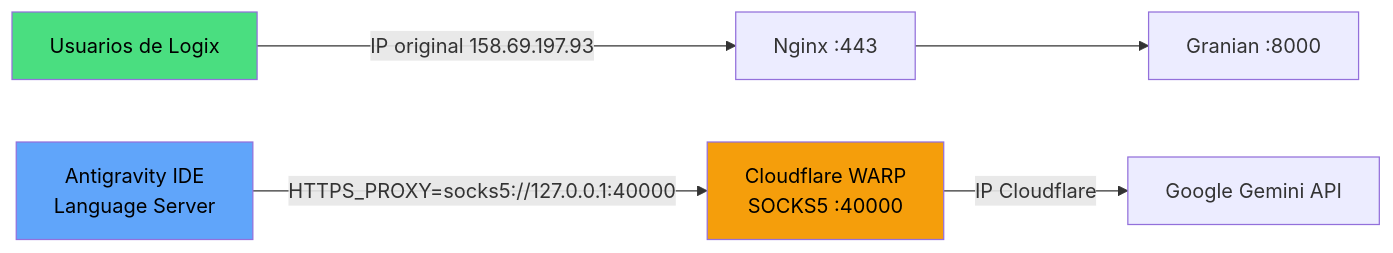
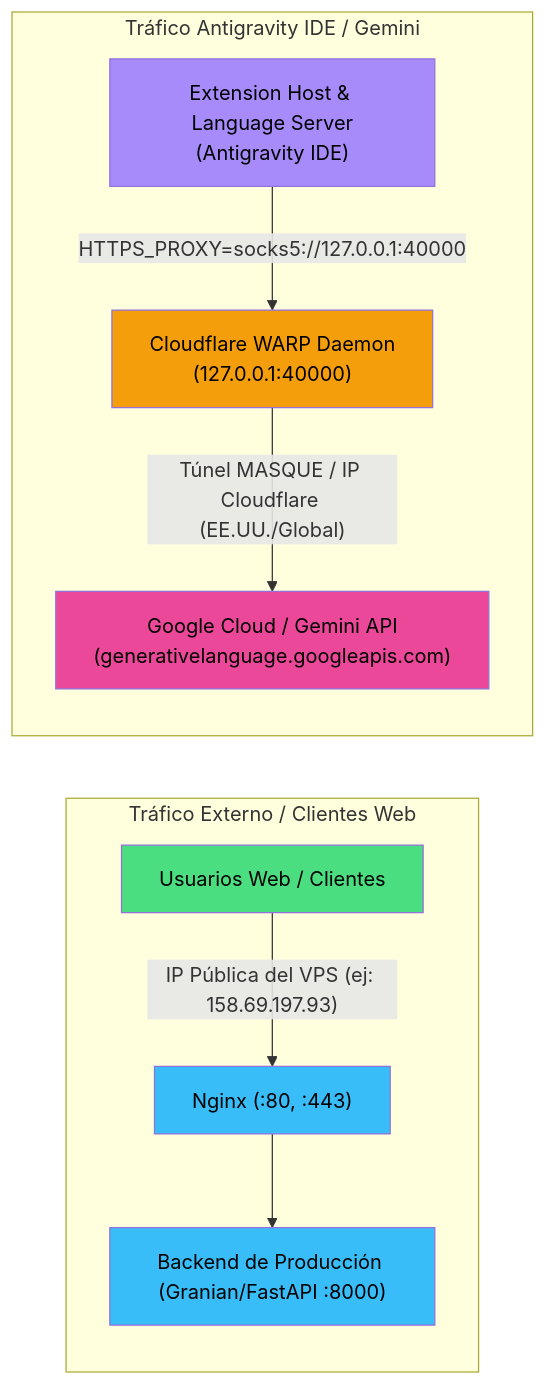
The diagram in docs/warp_proxy_implementacion.md (FIGARO79/logix_react), drawn with Mermaid before and after one commit. The commit also changed other lines of this file, not shown here.

Commit message:
docs: update Cloudflare WARP proxy implementation guide with comprehensive setup and architecture details

````diff
--- a/docs/warp_proxy_implementacion.md
+++ b/docs/warp_proxy_implementacion.md
@@ -42,12 +40,19 @@
 ```mermaid
 graph LR
-    A["Usuarios de Logix"] -->|"IP original 158.69.197.93"| B["Nginx :443"]
-    B --> C["Granian :8000"]
-    
-    D["Antigravity IDE<br/>Language Server"] -->|"HTTPS_PROXY=socks5://127.0.0.1:40000"| E["Cloudflare WARP<br/>SOCKS5 :40000"]
-    E -->|"IP Cloudflare"| F["Google Gemini API"]
-    
+    subgraph Tráfico Externo / Clientes Web
+        A["Usuarios Web / Clientes"] -->|"IP Pública del VPS (ej: 158.69.197.93)"| B["Nginx (:80, :443)"]
+        B --> C["Backend de Producción (Granian/FastAPI :8000)"]
+    end
+
+    subgraph Tráfico Antigravity IDE / Gemini
+        D["Extension Host & Language Server<br/>(Antigravity IDE)"] -->|"HTTPS_PROXY=socks5://127.0.0.1:40000"| E["Cloudflare WARP Daemon<br/>(127.0.0.1:40000)"]
+        E -->|"Túnel MASQUE / IP Cloudflare (EE.UU./Global)"| F["Google Cloud / Gemini API<br/>(generativelanguage.googleapis.com)"]
+    end
+
     style A fill:#4ade80,color:#000
-    style D fill:#60a5fa,color:#000
+    style B fill:#38bdf8,color:#000
+    style C fill:#38bdf8,color:#000
+    style D fill:#a78bfa,color:#000
     style E fill:#f59e0b,color:#000
+    style F fill:#ec4899,color:#000
 ```
````
